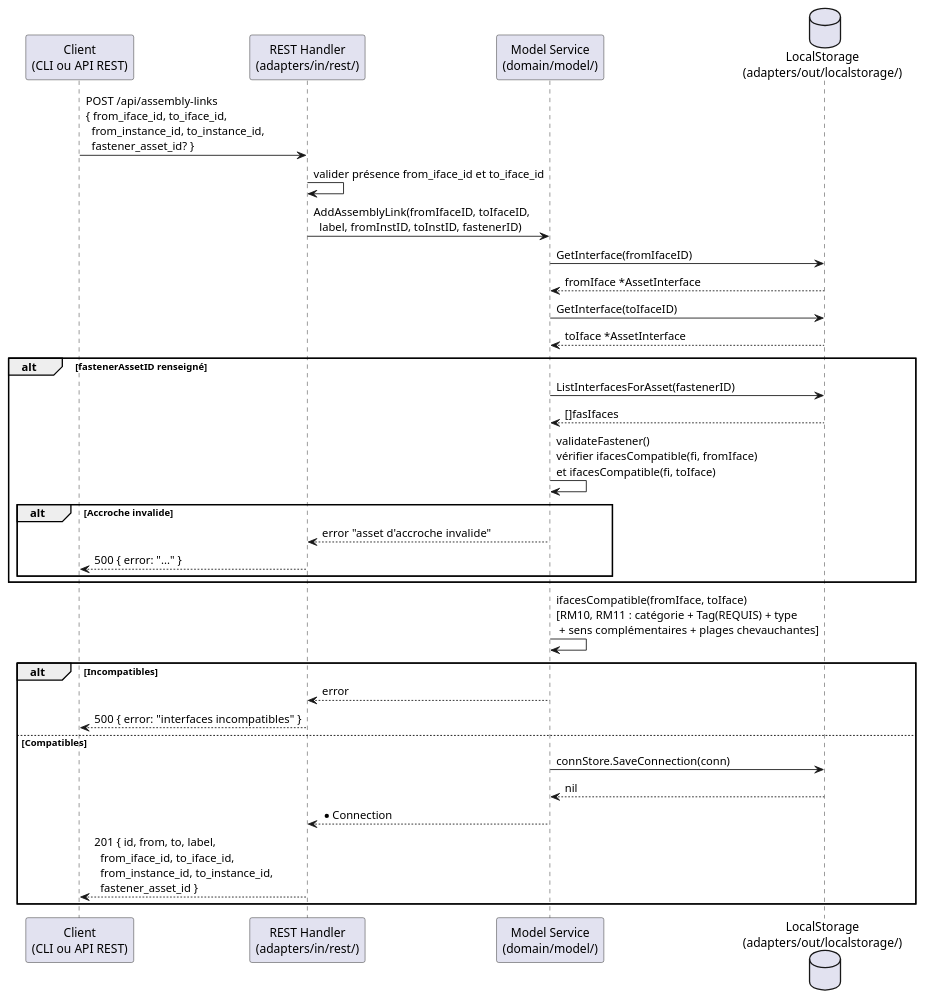
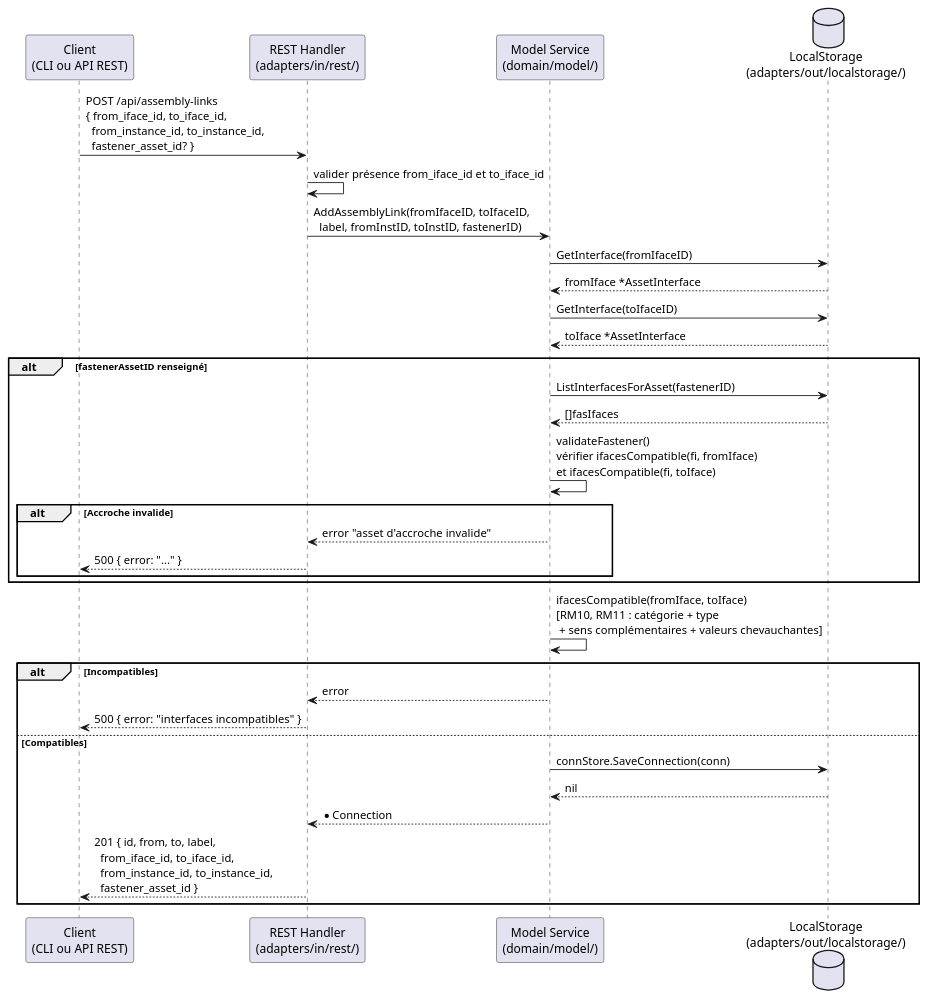
Before and after one commit to myr-forge/myr-core: the second of 2 diagrams in specs/2-Analyse/UCAM-Assemblage_Module/UCAM01.md, drawn with PlantUML. The commit also changed other lines of this file and 23 other files, not shown here.

````diff
--- a/specs/2-Analyse/UCAM-Assemblage_Module/UCAM01.md
+++ b/specs/2-Analyse/UCAM-Assemblage_Module/UCAM01.md
@@ -212,45 +210,45 @@
 ```plantuml
 @startuml
 participant "Client\n(CLI ou API REST)" as Client
 participant "REST Handler\n(adapters/in/rest/)" as REST
 participant "Model Service\n(domain/model/)" as Service
 database "LocalStorage\n(adapters/out/localstorage/)" as Local
 
 Client -> REST : POST /api/assembly-links\n{ from_iface_id, to_iface_id,\n  from_instance_id, to_instance_id,\n  fastener_asset_id? }
 
 REST -> REST : valider présence from_iface_id et to_iface_id
 
 REST -> Service : AddAssemblyLink(fromIfaceID, toIfaceID,\n  label, fromInstID, toInstID, fastenerID)
 
 Service -> Local : GetInterface(fromIfaceID)
 Local --> Service : fromIface *AssetInterface
 
 Service -> Local : GetInterface(toIfaceID)
 Local --> Service : toIface *AssetInterface
 
 alt fastenerAssetID renseigné
     Service -> Local : ListInterfacesForAsset(fastenerID)
     Local --> Service : []fasIfaces
     Service -> Service : validateFastener()\nvérifier ifacesCompatible(fi, fromIface)\net ifacesCompatible(fi, toIface)
     alt Accroche invalide
         Service --> REST : error "asset d'accroche invalide"
         REST --> Client : 500 { error: "..." }
     end
 end
 
-Service -> Service : ifacesCompatible(fromIface, toIface)\n[RM10, RM11 : catégorie + Tag(REQUIS) + type\n + sens complémentaires + plages chevauchantes]
+Service -> Service : ifacesCompatible(fromIface, toIface)\n[RM10, RM11 : catégorie + type\n + sens complémentaires + valeurs chevauchantes]
 
 alt Incompatibles
     Service --> REST : error
     REST --> Client : 500 { error: "interfaces incompatibles" }
 else Compatibles
     Service -> Local : connStore.SaveConnection(conn)
     Local --> Service : nil
 
     Service --> REST : *Connection
 
     REST --> Client : 201 { id, from, to, label,\n  from_iface_id, to_iface_id,\n  from_instance_id, to_instance_id,\n  fastener_asset_id }
 end
 
 @enduml
 ```
````
